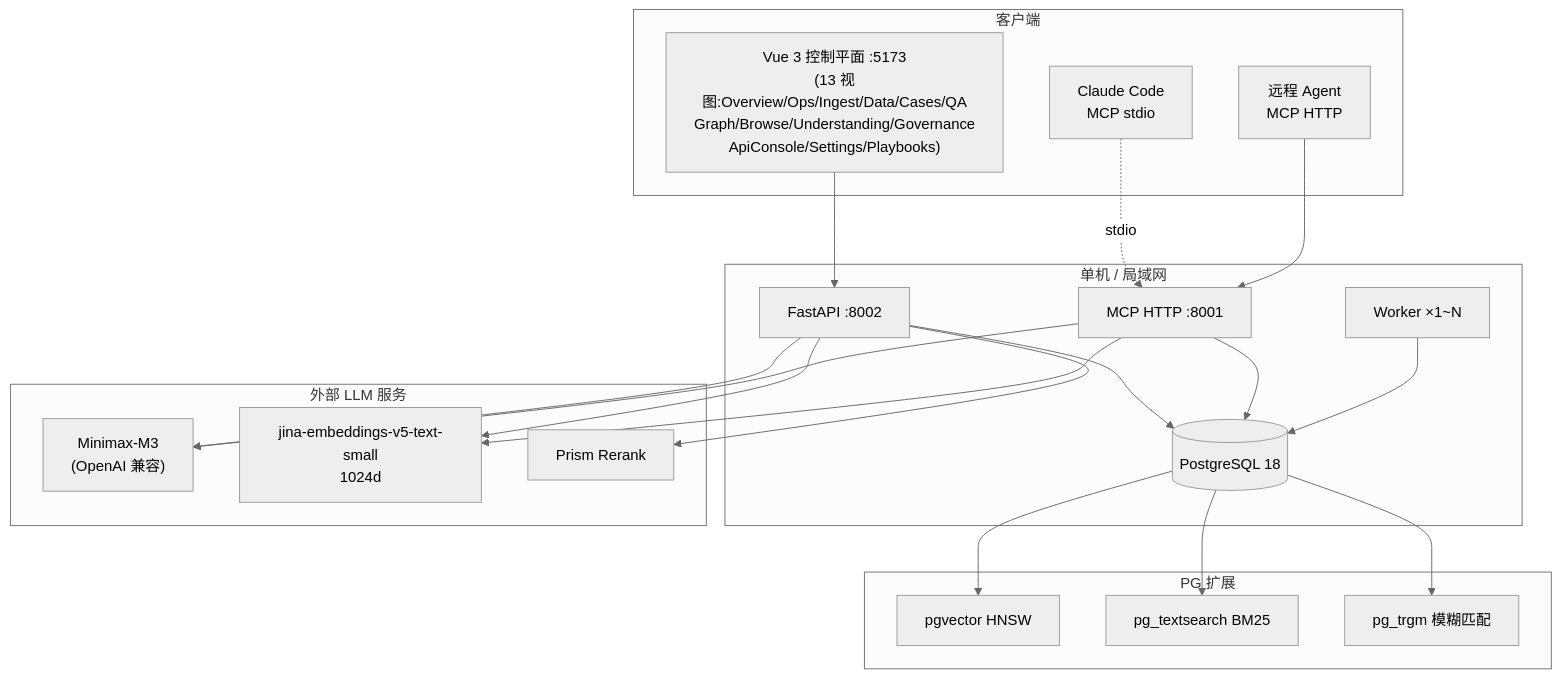
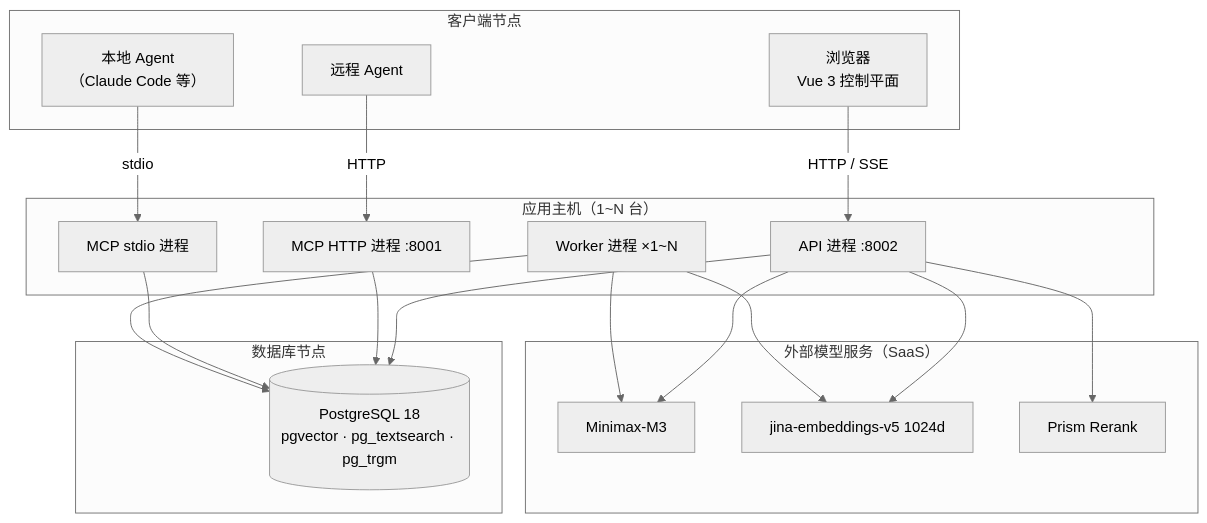
One commit to pty819/cortex-py-book changed the sixth of 9 diagrams in source/chapters/23-architecture-diagrams.md. Above: the diagram before and after it, drawn with Mermaid (neutral theme). The commit also changed other lines of this file, not shown here.

First line of the commit message:
docs(ch23): 按 Kruchten 1995 标准 4+1 重写架构视图章

````diff
--- a/source/chapters/23-architecture-diagrams.md
+++ b/source/chapters/23-architecture-diagrams.md
@@ -368,44 +332,35 @@
 ```{mermaid}
 graph TB
-    subgraph host ["单机 / 局域网"]
-        API["FastAPI :8002"]
-        MCP["MCP HTTP :8001"]
-        WK["Worker ×1~N"]
-        PG[("PostgreSQL 18")]
+    subgraph clients["客户端节点"]
+        VUE["浏览器<br/>Vue 3 控制平面"]
+        CC["本地 Agent<br/>（Claude Code 等）"]
+        RA["远程 Agent"]
     end
-
-    subgraph ext ["外部 LLM 服务"]
-        LLM["Minimax-M3<br/>(OpenAI 兼容)"]
-        EMB["jina-embeddings-v5-text-small<br/>1024d"]
+    subgraph apphost["应用主机（1~N 台）"]
+        API["API 进程 :8002"]
+        MCPH["MCP HTTP 进程 :8001"]
+        MCPS["MCP stdio 进程"]
+        WK["Worker 进程 ×1~N"]
+    end
+    subgraph dbnode["数据库节点"]
+        PG[("PostgreSQL 18<br/>pgvector · pg_textsearch · pg_trgm")]
+    end
+    subgraph saas["外部模型服务（SaaS）"]
+        LLM["Minimax-M3"]
+        EMB["jina-embeddings-v5 1024d"]
         RR["Prism Rerank"]
     end
 
-    subgraph client ["客户端"]
-        VUE["Vue 3 控制平面 :5173<br/>(13 视图:Overview/Ops/Ingest/Data/Cases/QA<br/>Graph/Browse/Understanding/Governance<br/>ApiConsole/Settings/Playbooks)"]
-        CC["Claude Code<br/>MCP stdio"]
-        RA["远程 Agent<br/>MCP HTTP"]
-    end
-
-    VUE --> API
-    CC -.->|stdio| MCP
-    RA --> MCP
-
+    VUE -->|HTTP / SSE| API
+    CC -->|stdio| MCPS
+    RA -->|HTTP| MCPH
+    API --> PG
+    MCPH --> PG
+    MCPS --> PG
+    WK --> PG
     API --> LLM
     API --> EMB
     API --> RR
-    MCP --> LLM
-    MCP --> EMB
-
-    API --> PG
-    MCP --> PG
-    WK --> PG
-
-    subgraph pgext ["PG 扩展"]
-        HNSW["pgvector HNSW"]
-        PTS["pg_textsearch BM25"]
-        TRGM["pg_trgm 模糊匹配"]
-    end
-    PG --> HNSW
-    PG --> PTS
-    PG --> TRGM
+    WK --> LLM
+    WK --> EMB
 ```
````
